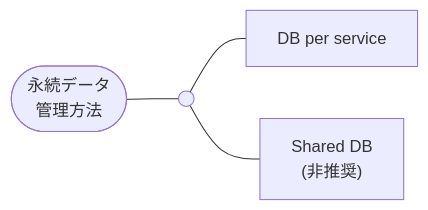
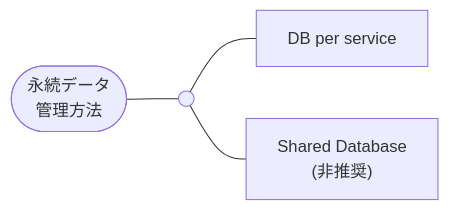
Diagram 16 of 24 in docs/software/software_application_architecture_microservices_cloudnative.md (hiroki-it/tech-notebook), drawn with Mermaid before and after one commit. The commit also changed other lines of this file and 4 other files, not shown here.

````diff
--- a/docs/software/software_application_architecture_microservices_cloudnative.md
+++ b/docs/software/software_application_architecture_microservices_cloudnative.md
@@ -1868,6 +1868,6 @@
 ```mermaid
 flowchart LR
   永続データ管理方法([永続データ<br>管理方法]) --- 永続データ管理方法の基点(( ))
   永続データ管理方法の基点 --- DB-per-service[DB per service]
-  永続データ管理方法の基点 --- Shared-DB["Shared DB<br>(非推奨)"]
+  永続データ管理方法の基点 --- Shared-DB["Shared Database<br>(非推奨)"]
 ```
````
